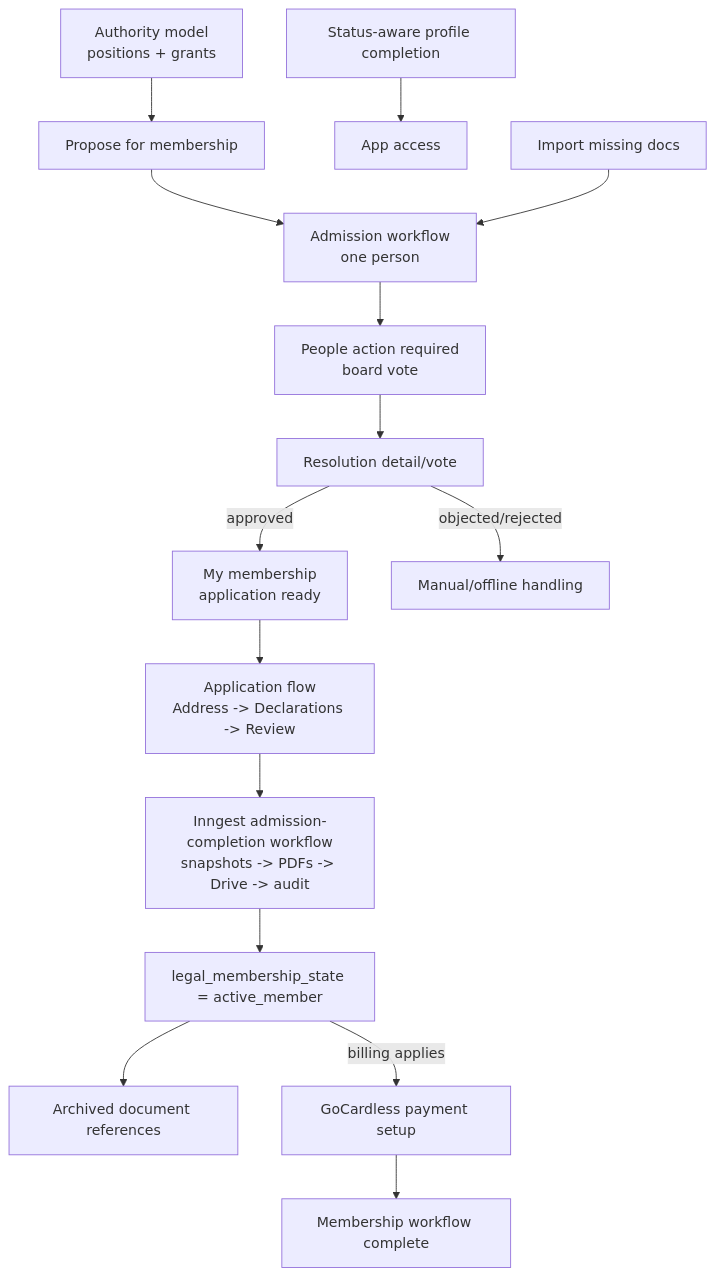
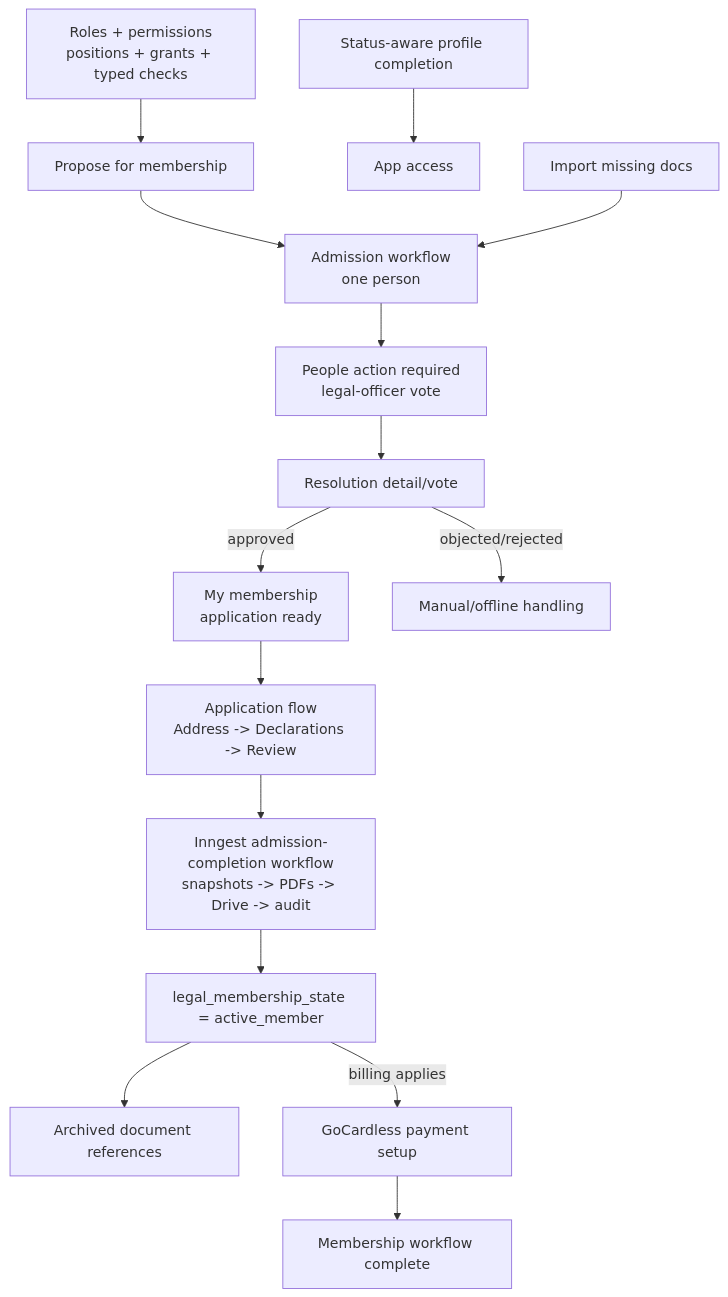
Before and after one commit to startberlin/cockpit: the first of 4 diagrams in docs/plans/2026-05-02-001-feat-membership-lifecycle-workflows-plan.md, drawn with Mermaid. The commit also changed other lines of this file and 1 other file, not shown here.

Commit message:
fix: correct type definition for GlobalAction in permissions evaluation

````diff
--- a/docs/plans/2026-05-02-001-feat-membership-lifecycle-workflows-plan.md
+++ b/docs/plans/2026-05-02-001-feat-membership-lifecycle-workflows-plan.md
@@ -168,17 +170,17 @@
 ```mermaid
 flowchart TD
-  Authority["Authority model\npositions + grants"] --> Propose["Propose for membership"]
+  Authority["Roles + permissions\npositions + grants + typed checks"] --> Propose["Propose for membership"]
   Profile["Status-aware profile completion"] --> AppShell["App access"]
   Propose --> Workflow["Admission workflow\none person"]
   Import["Import missing docs"] --> Workflow
-  Workflow --> BoardTask["People action required\nboard vote"]
+  Workflow --> BoardTask["People action required\nlegal-officer vote"]
   BoardTask --> Resolution["Resolution detail/vote"]
   Resolution -->|approved| ApplicationTask["My membership\napplication ready"]
   Resolution -->|objected/rejected| Manual["Manual/offline handling"]
   ApplicationTask --> Application["Application flow\nAddress -> Declarations -> Review"]
   Application --> CompletionWorkflow["Inngest admission-completion workflow\nsnapshots -> PDFs -> Drive -> audit"]
   CompletionWorkflow --> LegalActive["legal_membership_state = active_member"]
   LegalActive --> Documents["Archived document references"]
   LegalActive -->|billing applies| Payment["GoCardless payment setup"]
   Payment --> Done["Membership workflow complete"]
 ```
````
